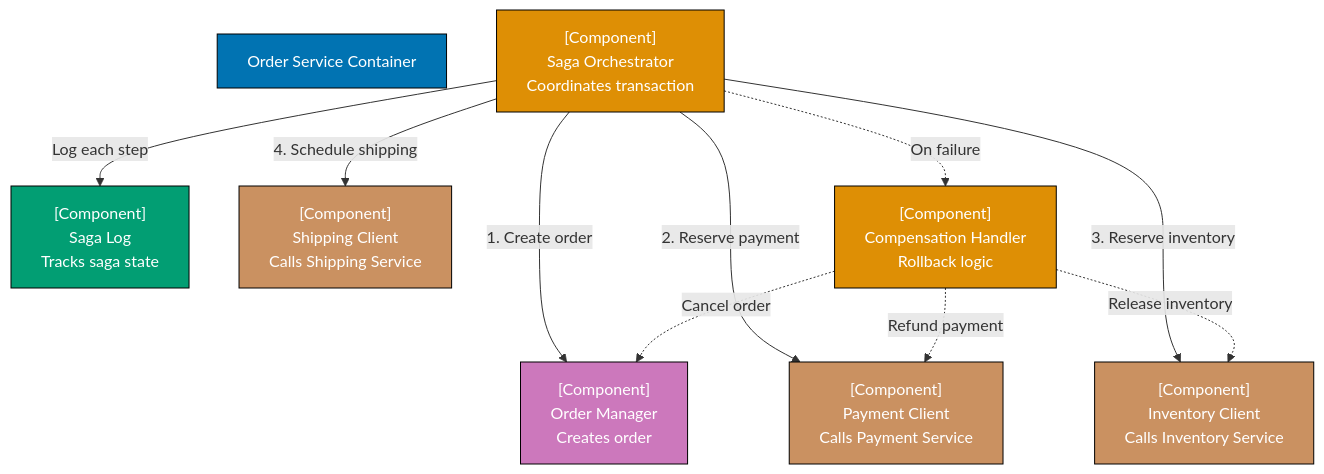
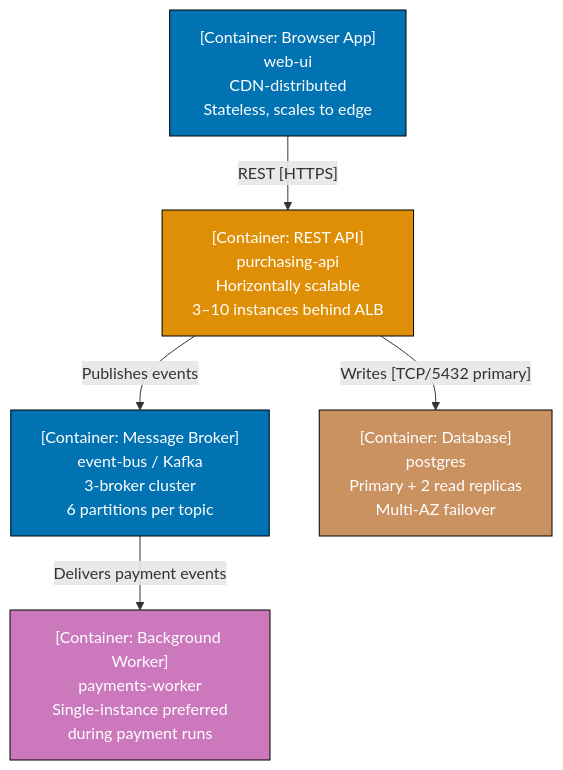
The tenth of 30 diagrams in apps/ayokoding-web/content/en/learn/software-engineering/architecture/c4-architecture-model/by-example/intermediate.md (wahidyankf/open-sharia-enterprise), drawn with Mermaid before and after one commit. The commit also changed other lines of this file and 38 other files, not shown here.

First line of the commit message:
docs(ayokoding-web): unify architecture tutorials on shared P2P domain

````diff
--- a/apps/ayokoding-web/content/en/learn/software-engineering/architecture/c4-architecture-model/by-example/intermediate.md
+++ b/apps/ayokoding-web/content/en/learn/software-engineering/architecture/c4-architecture-model/by-example/intermediate.md
@@ -246,35 +385,19 @@
 ```mermaid
 graph TD
-    OrderService["Order Service Container"]
+    WebUI["[Container: Browser App]<br/>web-ui<br/>CDN-distributed<br/>Stateless, scales to edge"]
+    PurchAPI["[Container: REST API]<br/>purchasing-api<br/>Horizontally scalable<br/>3–10 instances behind ALB"]
+    EventBus["[Container: Message Broker]<br/>event-bus / Kafka<br/>3-broker cluster<br/>6 partitions per topic"]
+    PayWorker["[Container: Background Worker]<br/>payments-worker<br/>Single-instance preferred<br/>during payment runs"]
+    PG["[Container: Database]<br/>postgres<br/>Primary + 2 read replicas<br/>Multi-AZ failover"]
 
-    SagaOrchestrator["[Component]<br/>Saga Orchestrator<br/>Coordinates transaction"]
-    SagaLog["[Component]<br/>Saga Log<br/>Tracks saga state"]
+    WebUI -->|"REST [HTTPS]"| PurchAPI
+    PurchAPI -->|"Publishes events"| EventBus
+    EventBus -->|"Delivers payment events"| PayWorker
+    PurchAPI -->|"Writes [TCP/5432 primary]"| PG
 
-    OrderManager["[Component]<br/>Order Manager<br/>Creates order"]
-    PaymentClient["[Component]<br/>Payment Client<br/>Calls Payment Service"]
-    InventoryClient["[Component]<br/>Inventory Client<br/>Calls Inventory Service"]
-    ShippingClient["[Component]<br/>Shipping Client<br/>Calls Shipping Service"]
-
-    CompensationHandler["[Component]<br/>Compensation Handler<br/>Rollback logic"]
-
-    SagaOrchestrator -->|"1. Create order"| OrderManager
-    SagaOrchestrator -->|"2. Reserve payment"| PaymentClient
-    SagaOrchestrator -->|"3. Reserve inventory"| InventoryClient
-    SagaOrchestrator -->|"4. Schedule shipping"| ShippingClient
-
-    SagaOrchestrator -->|"Log each step"| SagaLog
-
-    SagaOrchestrator -.->|"On failure"| CompensationHandler
-    CompensationHandler -.->|"Cancel order"| OrderManager
-    CompensationHandler -.->|"Refund payment"| PaymentClient
-    CompensationHandler -.->|"Release inventory"| InventoryClient
-
-    style OrderService fill:#0173B2,stroke:#000,color:#fff
-    style SagaOrchestrator fill:#DE8F05,stroke:#000,color:#fff
-    style SagaLog fill:#029E73,stroke:#000,color:#fff
-    style OrderManager fill:#CC78BC,stroke:#000,color:#fff
-    style PaymentClient fill:#CA9161,stroke:#000,color:#fff
-    style InventoryClient fill:#CA9161,stroke:#000,color:#fff
-    style ShippingClient fill:#CA9161,stroke:#000,color:#fff
-    style CompensationHandler fill:#DE8F05,stroke:#000,color:#fff
+    style WebUI fill:#0173B2,stroke:#000,color:#fff
+    style PurchAPI fill:#DE8F05,stroke:#000,color:#fff
+    style EventBus fill:#0173B2,stroke:#000,color:#fff
+    style PayWorker fill:#CC78BC,stroke:#000,color:#fff
+    style PG fill:#CA9161,stroke:#000,color:#fff
 ```
````
